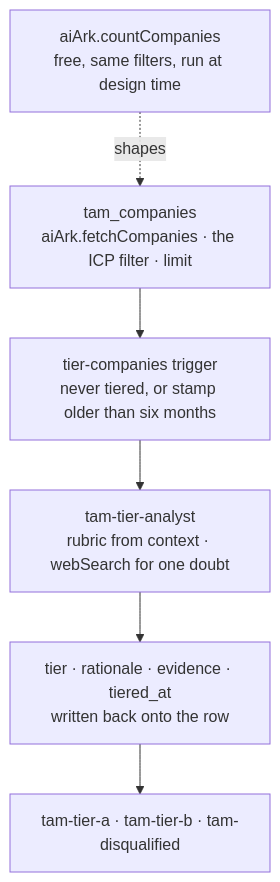
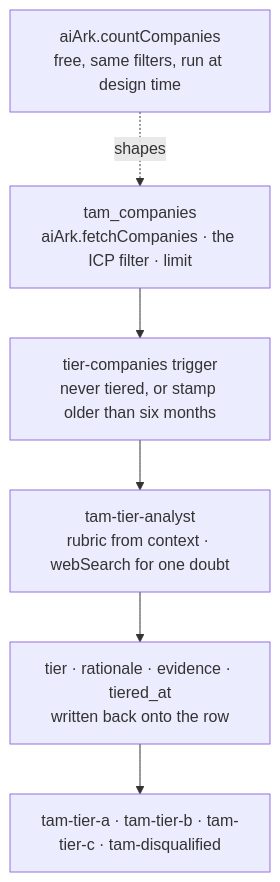
Before and after one commit to getcargohq/gtm-skills: the diagram in tam-building/README.md, drawn with Mermaid. The commit also changed other lines of this file and 26 other files, not shown here.

````diff
--- a/tam-building/README.md
+++ b/tam-building/README.md
@@ -26,12 +26,12 @@
 ```mermaid
 flowchart TD
     count["aiArk.countCompanies<br/>free, same filters, run at design time"]
     model["tam_companies<br/>aiArk.fetchCompanies · the ICP filter · limit"]
     trigger["tier-companies trigger<br/>never tiered, or stamp older than six months"]
     agent["tam-tier-analyst<br/>rubric from context · webSearch for one doubt"]
     write["tier · rationale · evidence · tiered_at<br/>written back onto the row"]
-    segments["tam-tier-a · tam-tier-b · tam-disqualified"]
+    segments["tam-tier-a · tam-tier-b · tam-tier-c · tam-disqualified"]
 
     count -.->|"shapes"| model
     model --> trigger --> agent --> write --> segments
 ```
````
